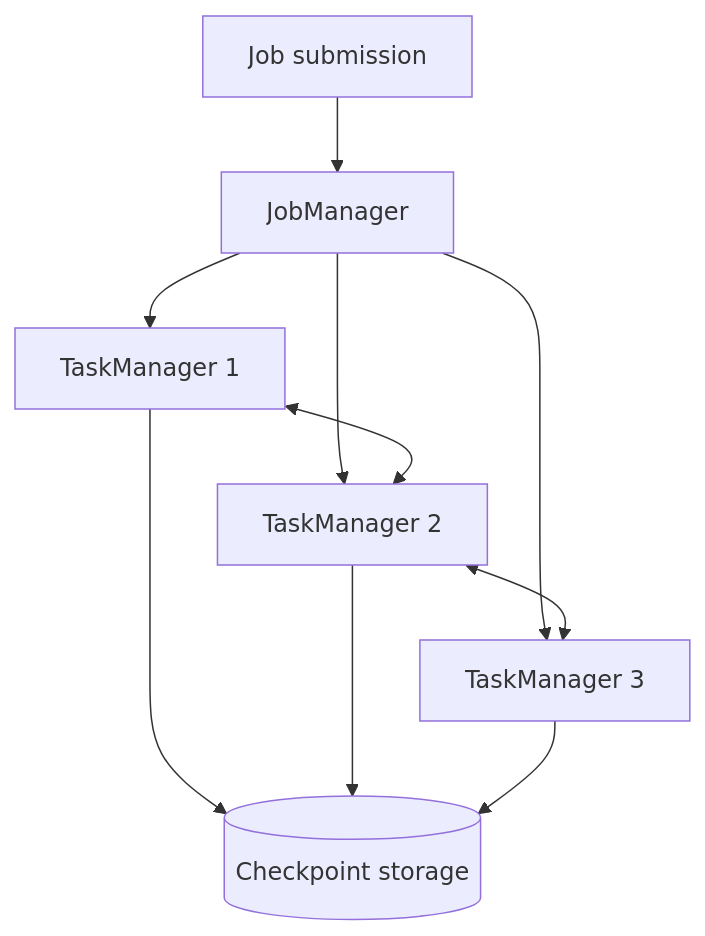
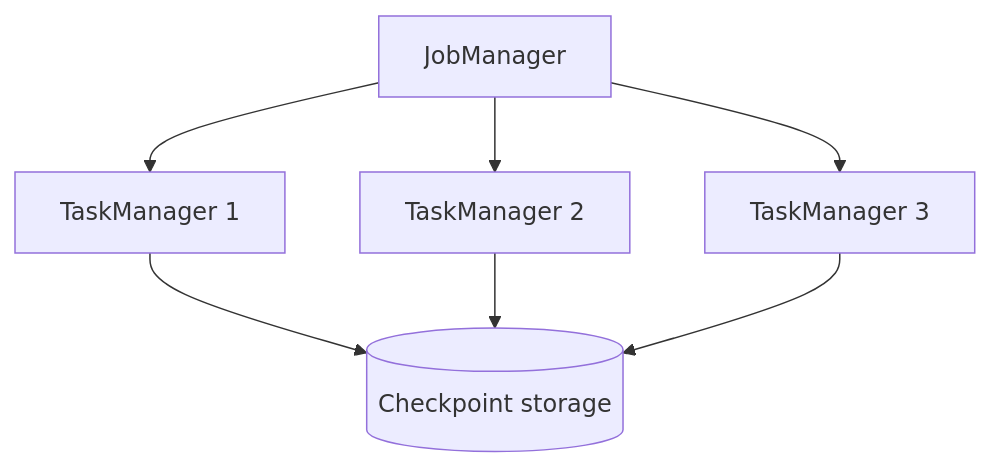
The second of 2 diagrams in streaming/flink.md (alanqi03/sys-design), drawn with Mermaid before and after one commit. The commit also changed other lines of this file and 6 other files, not shown here.

````diff
--- a/streaming/flink.md
+++ b/streaming/flink.md
@@ -60,12 +51,7 @@
 ```{mermaid}
 flowchart TB
-  client[Job submission] --> manager[JobManager]
-  manager --> tm1[TaskManager 1]
-  manager --> tm2[TaskManager 2]
-  manager --> tm3[TaskManager 3]
-  tm1 <--> tm2
-  tm2 <--> tm3
-  tm1 --> storage[(Checkpoint storage)]
-  tm2 --> storage
-  tm3 --> storage
+  jm[JobManager] --> tm1[TaskManager 1]
+  jm --> tm2[TaskManager 2]
+  jm --> tm3[TaskManager 3]
+  tm1 & tm2 & tm3 --> storage[(Checkpoint storage)]
 ```
````
